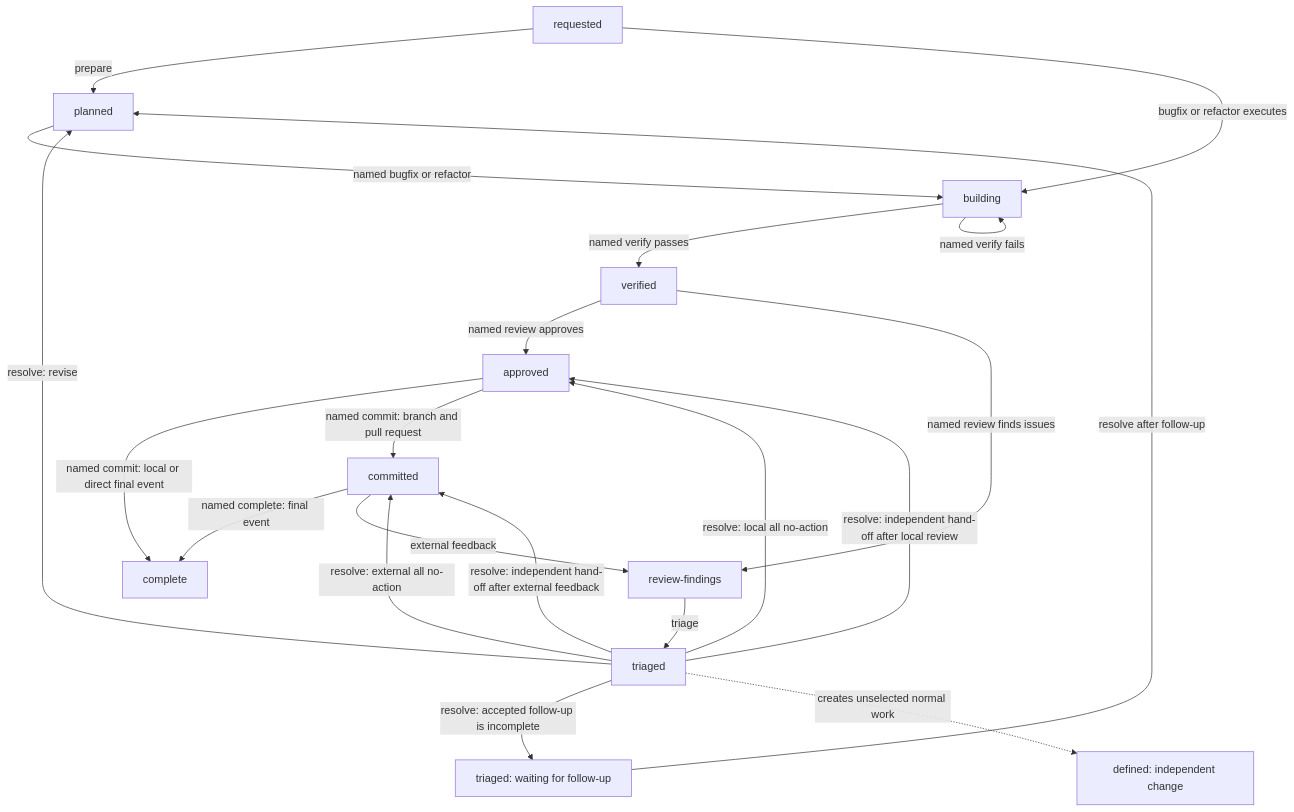
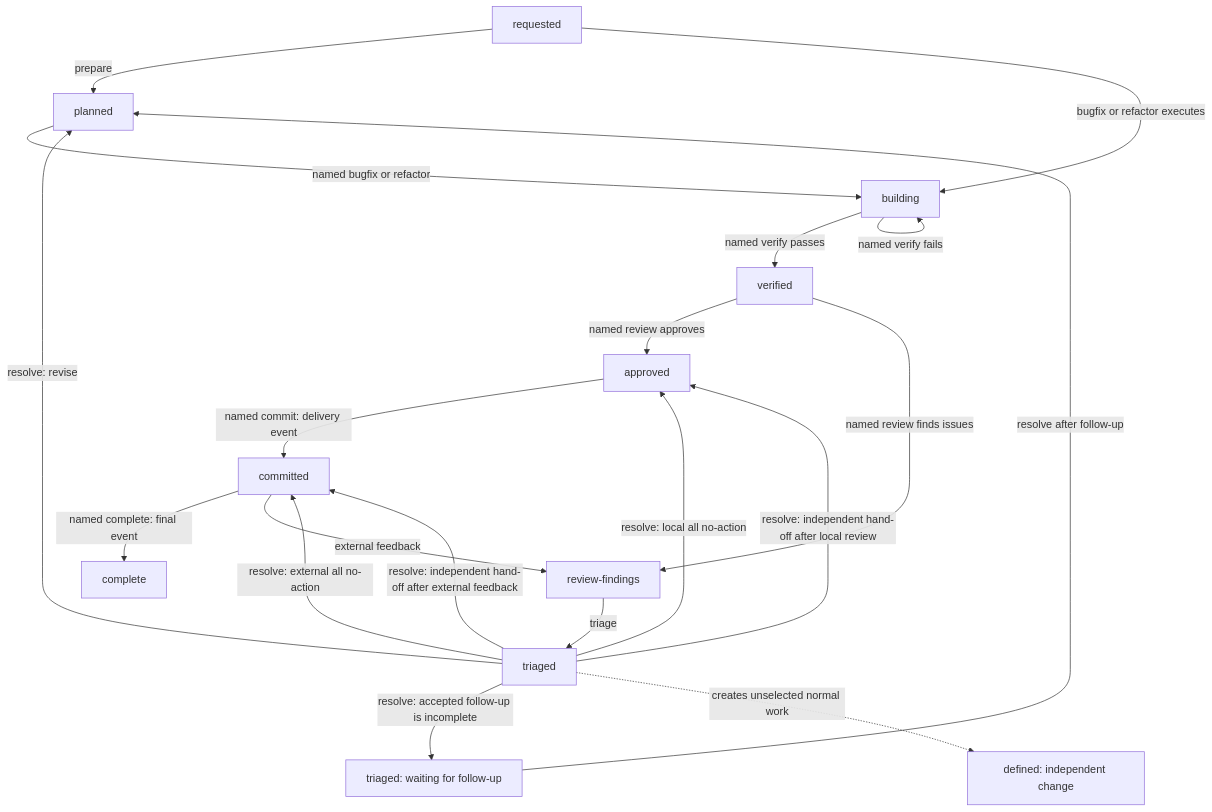
Before and after one commit to deeprave/specle: the second of 3 diagrams in docs/LIFECYCLE.md, drawn with Mermaid. The commit also changed other lines of this file and 31 other files, not shown here.

````diff
--- a/docs/LIFECYCLE.md
+++ b/docs/LIFECYCLE.md
@@ -105,23 +104,22 @@
 ```mermaid
 flowchart TB
   requested -->|prepare| planned
   requested -->|bugfix or refactor executes| building
   planned -->|named bugfix or refactor| building
   building -->|named verify passes| verified
   building -->|named verify fails| building
   verified -->|named review approves| approved
-  approved -->|named commit: local or direct final event| complete[complete]
-  approved -->|named commit: branch and pull request| committed
+  approved -->|named commit: delivery event| committed
   committed -->|named complete: final event| complete
   committed -->|external feedback| review_findings
   verified -->|named review finds issues| review_findings[review-findings]
   review_findings -->|triage| triaged
   triaged -->|resolve: revise| planned
   triaged -->|resolve: accepted follow-up is incomplete| waiting[triaged: waiting for follow-up]
   waiting -->|resolve after follow-up| planned
   triaged -->|resolve: local all no-action| approved
   triaged -->|resolve: external all no-action| committed
   triaged -->|resolve: independent hand-off after local review| approved
   triaged -->|resolve: independent hand-off after external feedback| committed
   triaged -.->|creates unselected normal work| unselected_defined[defined: independent change]
 ```
````
